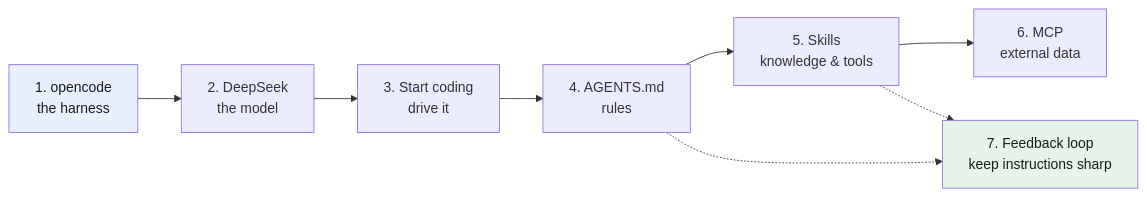
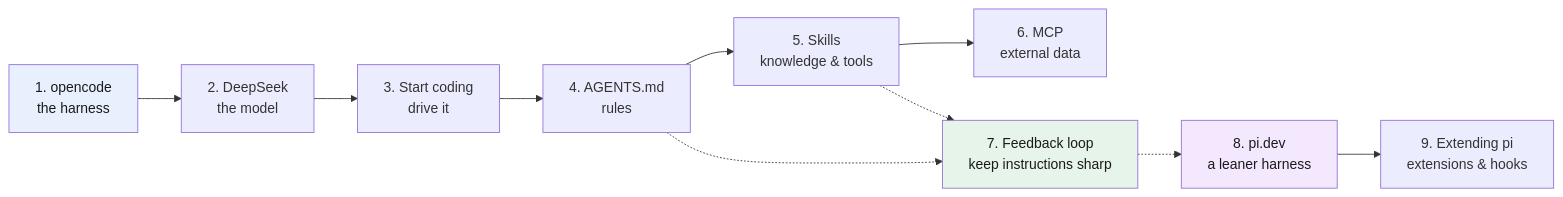
One commit to ethaizone/ai-training-for-software-developer changed the diagram in README.md. Above: the diagram before and after it, drawn with Mermaid. The commit also changed other lines of this file and 6 other files, not shown here.

First line of the commit message:
Add Parts 8-9: pi.dev and extending pi

````diff
--- a/README.md
+++ b/README.md
@@ -22,12 +22,15 @@
 ```mermaid
 flowchart LR
     A["1. opencode<br/>the harness"] --> B["2. DeepSeek<br/>the model"]
     B --> C["3. Start coding<br/>drive it"]
     C --> D["4. AGENTS.md<br/>rules"]
     D --> E["5. Skills<br/>knowledge & tools"]
     E --> F["6. MCP<br/>external data"]
     D -.-> G["7. Feedback loop<br/>keep instructions sharp"]
     E -.-> G
+    G -.-> H["8. pi.dev<br/>a leaner harness"]
+    H --> I["9. Extending pi<br/>extensions & hooks"]
     style A fill:#e8f0fe,color:#1a1a1a
     style G fill:#e6f4ea,color:#1a1a1a
+    style H fill:#f3e8fd,color:#1a1a1a
 ```
````
